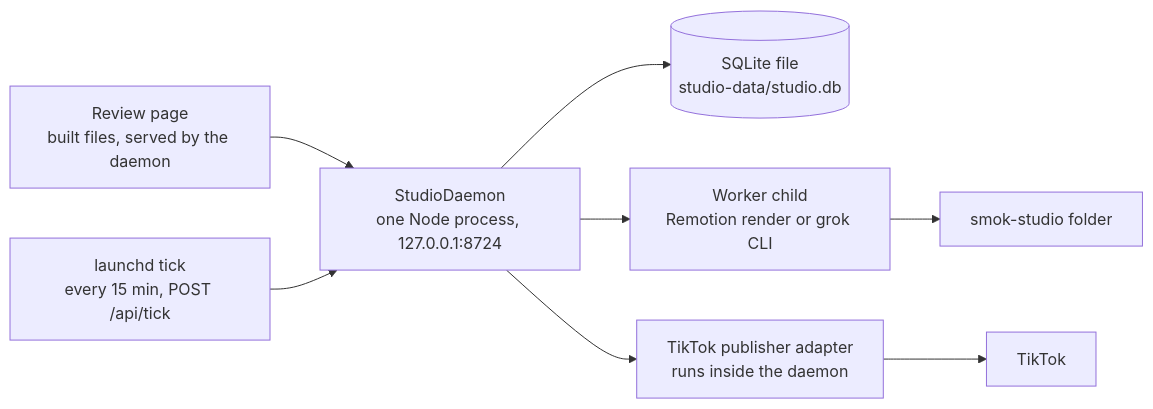
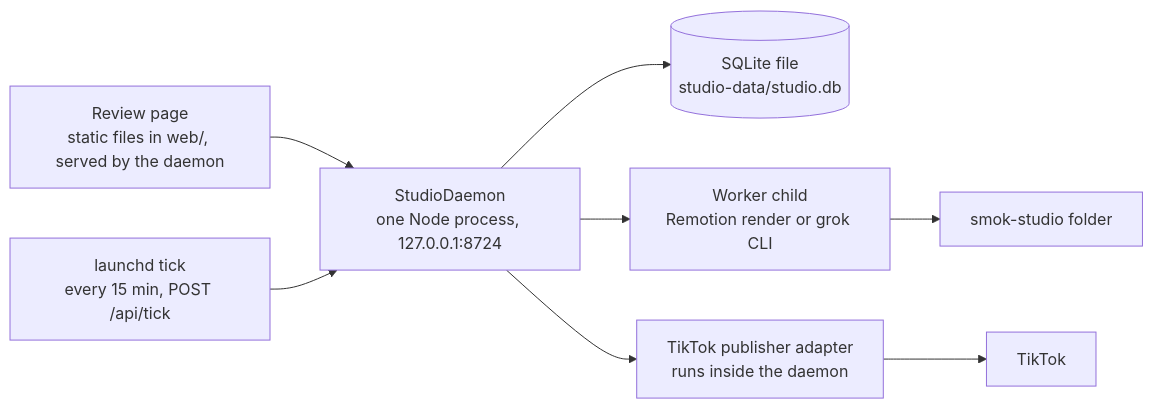
The second of 2 diagrams in docs/architecture.md (hrco/_smokrates-studio), drawn with Mermaid before and after one commit. The commit also changed other lines of this file and 4 other files, not shown here.

First line of the commit message:
docs: record slice 5, the daemon and review page, and the error field

````diff
--- a/docs/architecture.md
+++ b/docs/architecture.md
@@ -55,18 +55,18 @@
 ```mermaid
 flowchart LR
-  browser[Review page<br/>built files, served by the daemon]
+  browser[Review page<br/>static files in web/, served by the daemon]
   tick[launchd tick<br/>every 15 min, POST /api/tick]
   daemon[StudioDaemon<br/>one Node process, 127.0.0.1:8724]
   db[(SQLite file<br/>studio-data/studio.db)]
   worker[Worker child<br/>Remotion render or grok CLI]
   pub[TikTok publisher adapter<br/>runs inside the daemon]
   smok[smok-studio folder]
   tiktok[TikTok]
   browser --> daemon
   tick --> daemon
   daemon --> db
   daemon --> worker
   daemon --> pub
   worker --> smok
   pub --> tiktok
 ```
````
